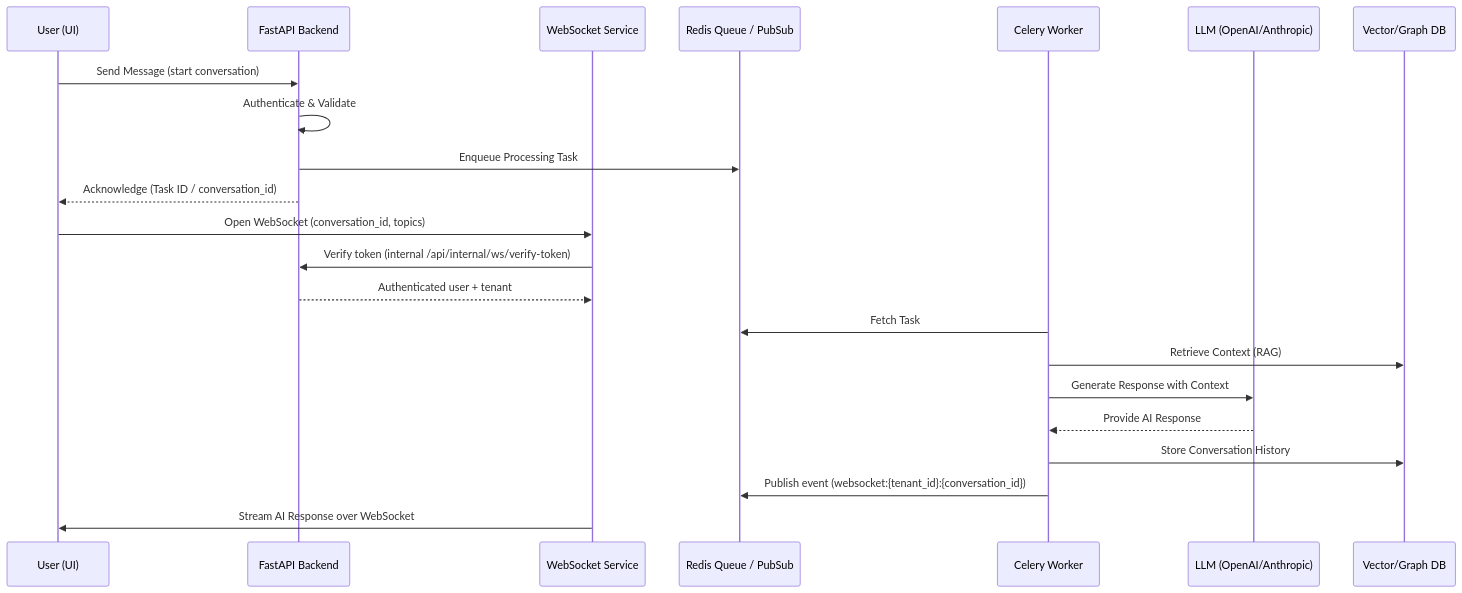
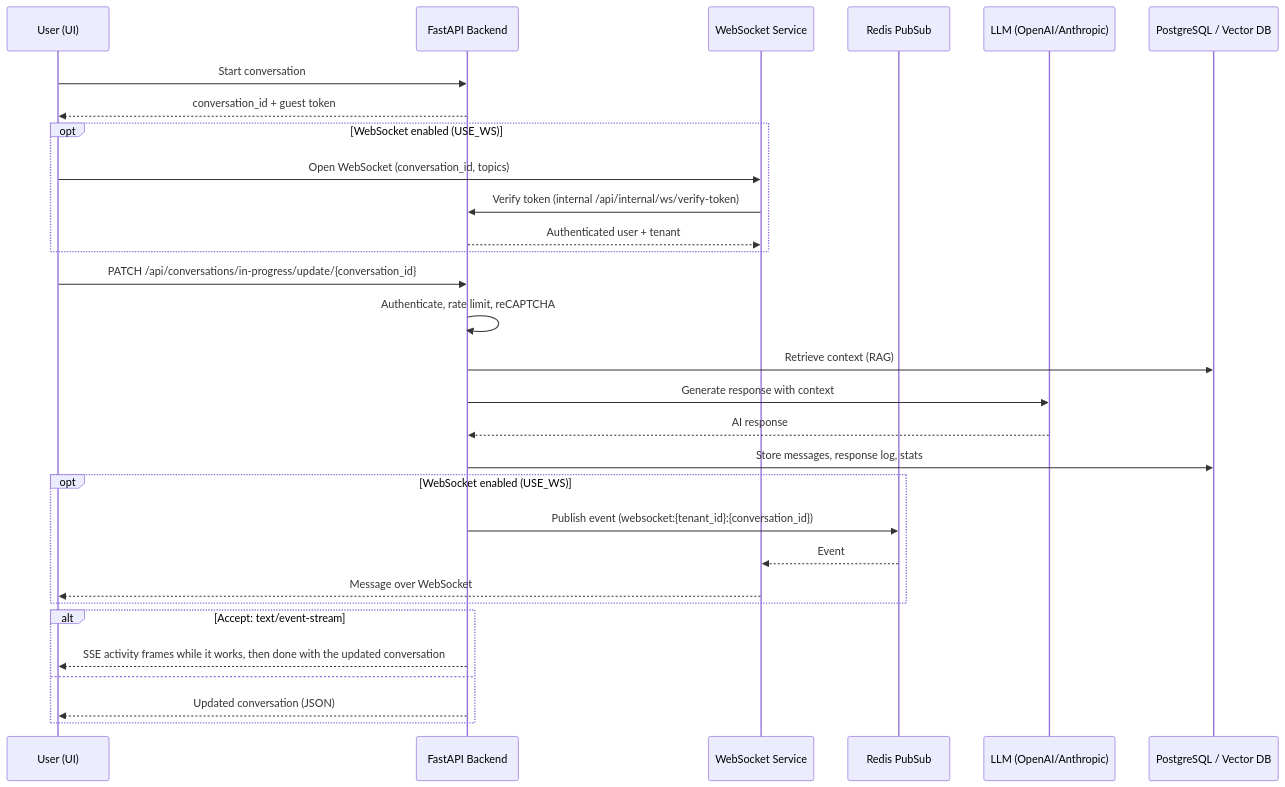
The second of 2 diagrams in docs/architecture_diagrams.md (RitechSolutions/genassist), drawn with Mermaid before and after one commit. The commit also changed other lines of this file and 29 other files, not shown here.

Commit message:
Stream chat turn activity over SSE on the in-progress update route

````diff
--- a/docs/architecture_diagrams.md
+++ b/docs/architecture_diagrams.md
@@ -44,28 +46,37 @@
 ```mermaid
 sequenceDiagram
     participant User as User (UI)
     participant API as FastAPI Backend
     participant WS as WebSocket Service
-    participant Redis as Redis Queue / PubSub
-    participant Worker as Celery Worker
+    participant Redis as Redis PubSub
     participant LLM as LLM (OpenAI/Anthropic)
-    participant DB as Vector/Graph DB
+    participant DB as PostgreSQL / Vector DB
 
-    User->>API: Send Message (start conversation)
-    API->>API: Authenticate & Validate
-    API->>Redis: Enqueue Processing Task
-    API-->>User: Acknowledge (Task ID / conversation_id)
+    User->>API: Start conversation
+    API-->>User: conversation_id + guest token
 
-    User->>WS: Open WebSocket (conversation_id, topics)
-    WS->>API: Verify token (internal /api/internal/ws/verify-token)
-    API-->>WS: Authenticated user + tenant
+    opt WebSocket enabled (USE_WS)
+        User->>WS: Open WebSocket (conversation_id, topics)
+        WS->>API: Verify token (internal /api/internal/ws/verify-token)
+        API-->>WS: Authenticated user + tenant
+    end
 
-    Worker->>Redis: Fetch Task
-    Worker->>DB: Retrieve Context (RAG)
-    Worker->>LLM: Generate Response with Context
-    LLM-->>Worker: Provide AI Response
-    Worker->>DB: Store Conversation History
-    Worker->>Redis: Publish event (websocket:{tenant_id}:{conversation_id})
+    User->>API: PATCH /api/conversations/in-progress/update/{conversation_id}
+    API->>API: Authenticate, rate limit, reCAPTCHA
+    API->>DB: Retrieve context (RAG)
+    API->>LLM: Generate response with context
+    LLM-->>API: AI response
+    API->>DB: Store messages, response log, stats
 
-    WS->>User: Stream AI Response over WebSocket
+    opt WebSocket enabled (USE_WS)
+        API->>Redis: Publish event (websocket:{tenant_id}:{conversation_id})
+        Redis-->>WS: Event
+        WS-->>User: Message over WebSocket
+    end
+
+    alt Accept: text/event-stream
+        API-->>User: SSE activity frames while it works, then done with the updated conversation
+    else
+        API-->>User: Updated conversation (JSON)
+    end
 ```
````
